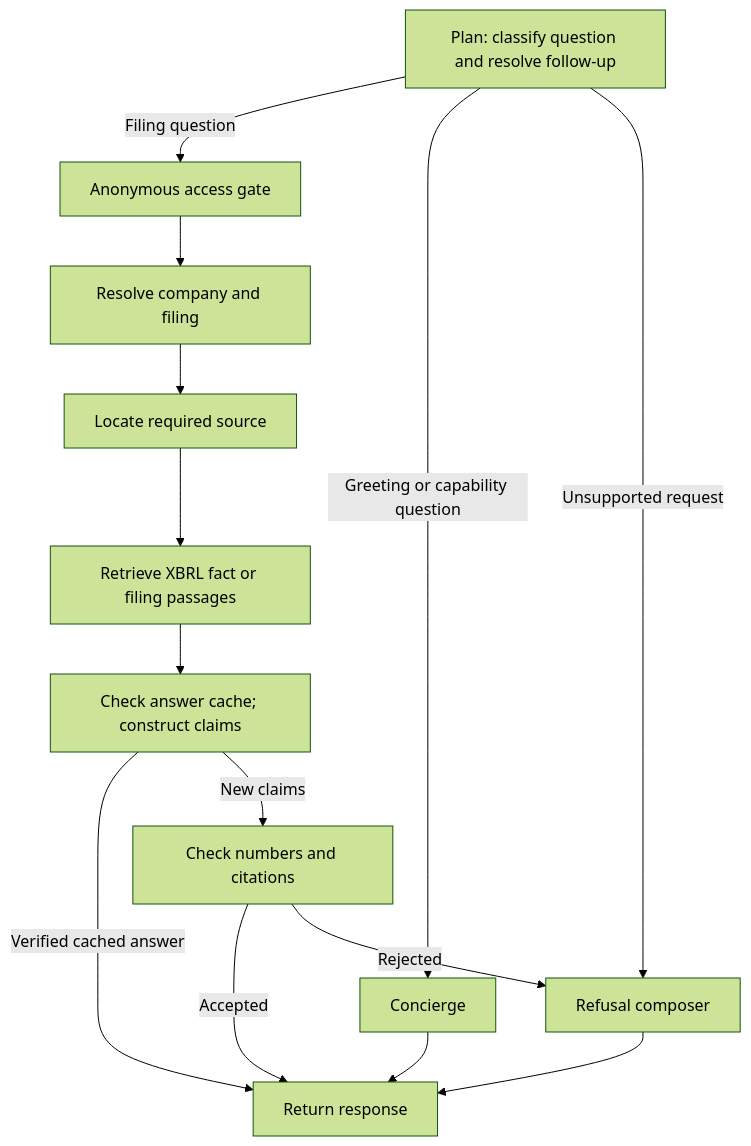
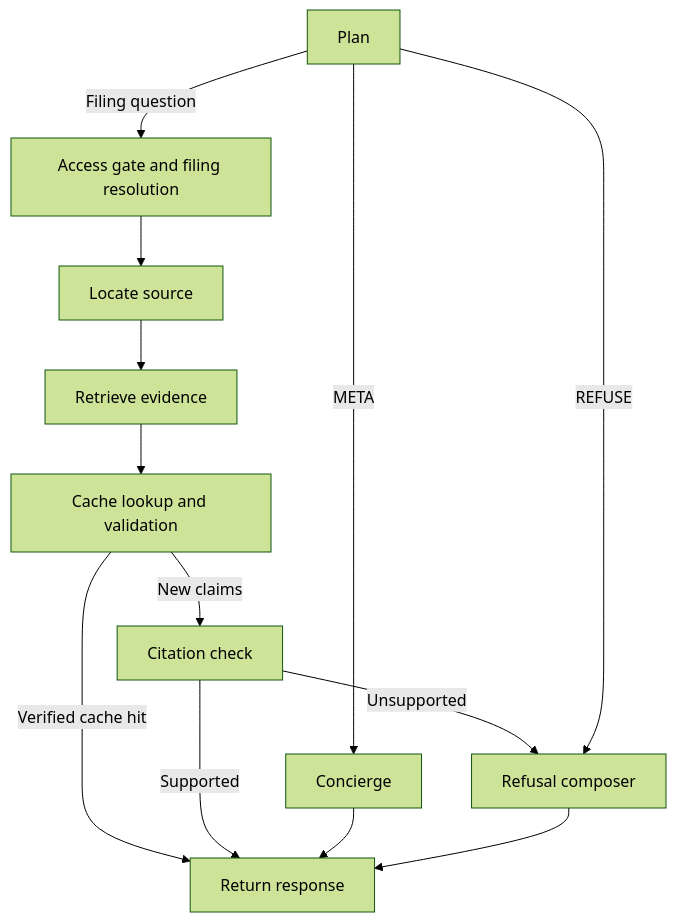
The diagram in README.md (AmitaKashid/sec-10k-agent), drawn with Mermaid (forest theme) before and after one commit. The commit also changed other lines of this file, not shown here.

````diff
--- a/README.md
+++ b/README.md
@@ -107,16 +29,15 @@
 ```mermaid
 flowchart TD
-    P["Plan: classify question and resolve follow-up"] -->|Filing question| A["Anonymous access gate"]
-    P -->|Greeting or capability question| M["Concierge"]
-    P -->|Unsupported request| X["Refusal composer"]
-    A --> F["Resolve company and filing"]
-    F --> L["Locate required source"]
-    L --> R["Retrieve XBRL fact or filing passages"]
-    R --> V["Check answer cache; construct claims"]
-    V -->|Verified cached answer| E["Return response"]
-    V -->|New claims| C["Check numbers and citations"]
-    C -->|Accepted| E
-    C -->|Rejected| X
+    P["Plan"] -->|Filing question| A["Access gate and filing resolution"]
+    A --> L["Locate source"]
+    L --> R["Retrieve evidence"]
+    R --> V["Cache lookup and validation"]
+    V -->|New claims| C["Citation check"]
+    V -->|Verified cache hit| E["Return response"]
+    C -->|Supported| E
+    C -->|Unsupported| X["Refusal composer"]
+    P -->|META| M["Concierge"]
+    P -->|REFUSE| X
     M --> E
     X --> E
 ```
````
